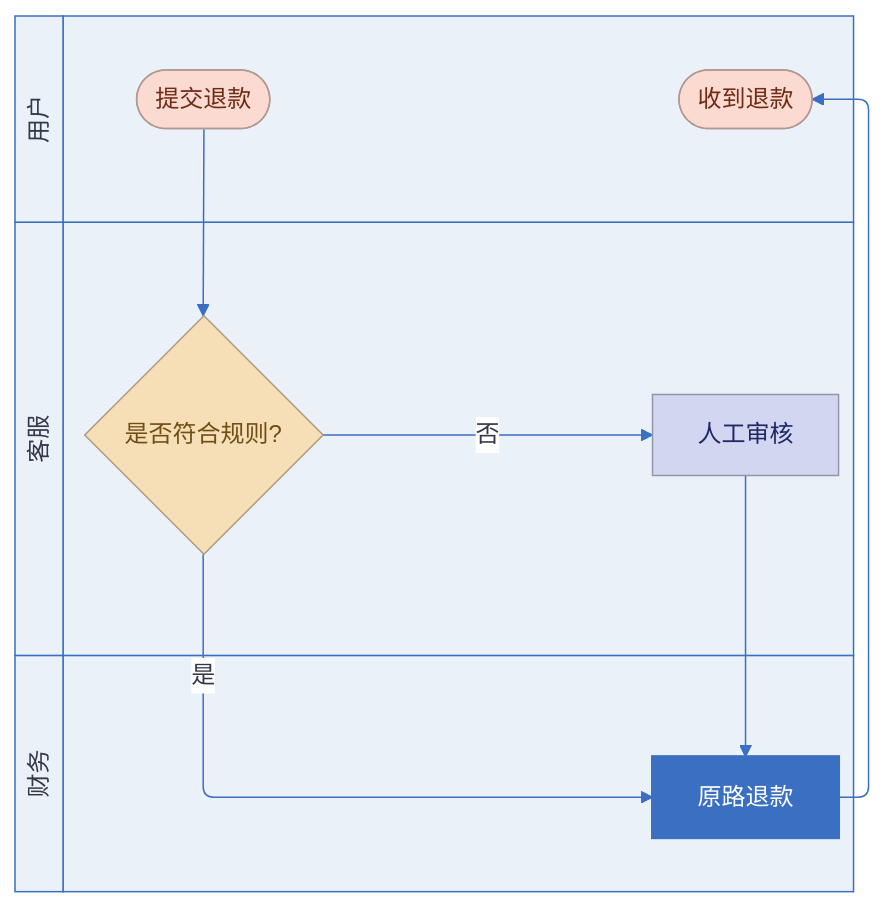
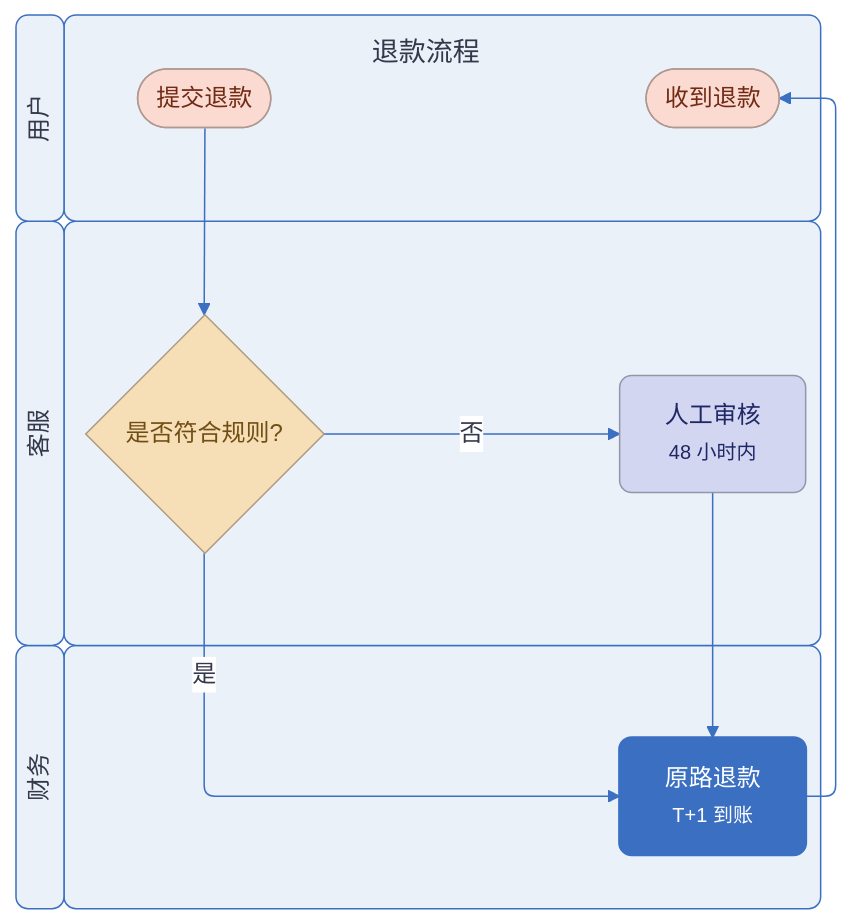
The sixth of 45 diagrams in docs/画图指南.md (huang-hee/diagram-kit), drawn with Mermaid before and after one commit. The commit also changed other lines of this file and 248 other files, not shown here.

First line of the commit message:
feat: 示例按统一风格重做，补齐 42 张 drawio 整图示例，默认工具改为 drawio

````diff
--- a/docs/画图指南.md
+++ b/docs/画图指南.md
@@ -526,47 +535,48 @@
 ```mermaid
 ---
+title: "退款流程"
 config:
   theme: base
   fontFamily: "PingFang SC, Microsoft YaHei, Noto Sans CJK SC, Source Han Sans SC, sans-serif"
   themeVariables:
     background: "#FFFFFF"
     primaryColor: "#FFFFFF"
     primaryBorderColor: "#3B6FC2"
     primaryTextColor: "#33384A"
     nodeTextColor: "#33384A"
     secondaryColor: "#FBDBD1"
     tertiaryColor: "#EBF1F9"
     lineColor: "#3B6FC2"
     textColor: "#33384A"
     clusterBkg: "#EBF1F9"
     clusterBorder: "#3B6FC2"
     edgeLabelBackground: "#FFFFFF"
     titleColor: "#33384A"
     noteBkgColor: "#FFF6CE"
     noteBorderColor: "#A6A086"
     noteTextColor: "#33384A"
 ---
 swimlane-beta LR
   subgraph U[用户]
     A([提交退款]):::startend
     F([收到退款]):::startend
   end
   subgraph S[客服]
     B{是否符合规则?}:::decision
-    C[人工审核]:::task
+    C["人工审核<br><small>48 小时内</small>"]:::task
   end
   subgraph P[财务]
-    D[原路退款]:::handoff
+    D["原路退款<br><small>T+1 到账</small>"]:::handoff
   end
   A --> B
   B -- 是 --> D
   B -- 否 --> C --> D
   D --> F
   class U,S,P lane
-classDef startend fill:#FBDBD1,stroke:#B09992,color:#712A14
-classDef task fill:#D2D6F1,stroke:#9396A9,color:#1F2865
-classDef decision fill:#F6DEB6,stroke:#AC9B7F,color:#714E14
-classDef handoff fill:#3B6FC2,stroke:#3B6FC2,color:#FFFFFF,stroke-width:2px
-classDef lane fill:#EBF1F9,stroke:#3B6FC2,color:#33384A
+classDef startend fill:#FBDBD1,stroke:#B09992,color:#712A14,rx:8,ry:8
+classDef task fill:#D2D6F1,stroke:#9396A9,color:#1F2865,rx:8,ry:8
+classDef decision fill:#F6DEB6,stroke:#AC9B7F,color:#714E14,rx:8,ry:8
+classDef handoff fill:#3B6FC2,stroke:#3B6FC2,color:#FFFFFF,stroke-width:2px,rx:8,ry:8
+classDef lane fill:#EBF1F9,stroke:#3B6FC2,color:#33384A,rx:8,ry:8
 %% 用法：节点 A:::startend 或 class A,B startend
 ```
````
